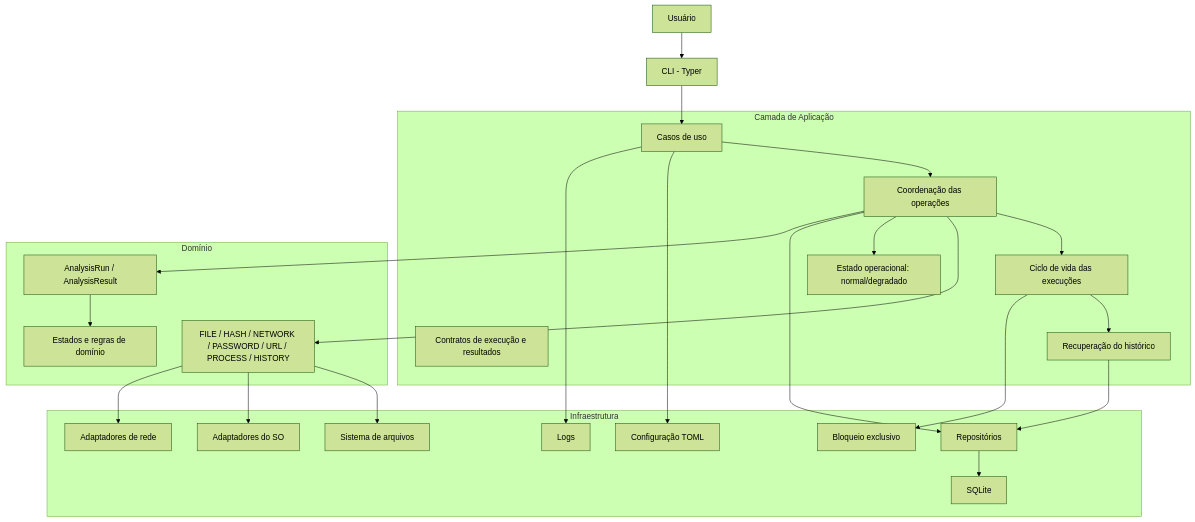
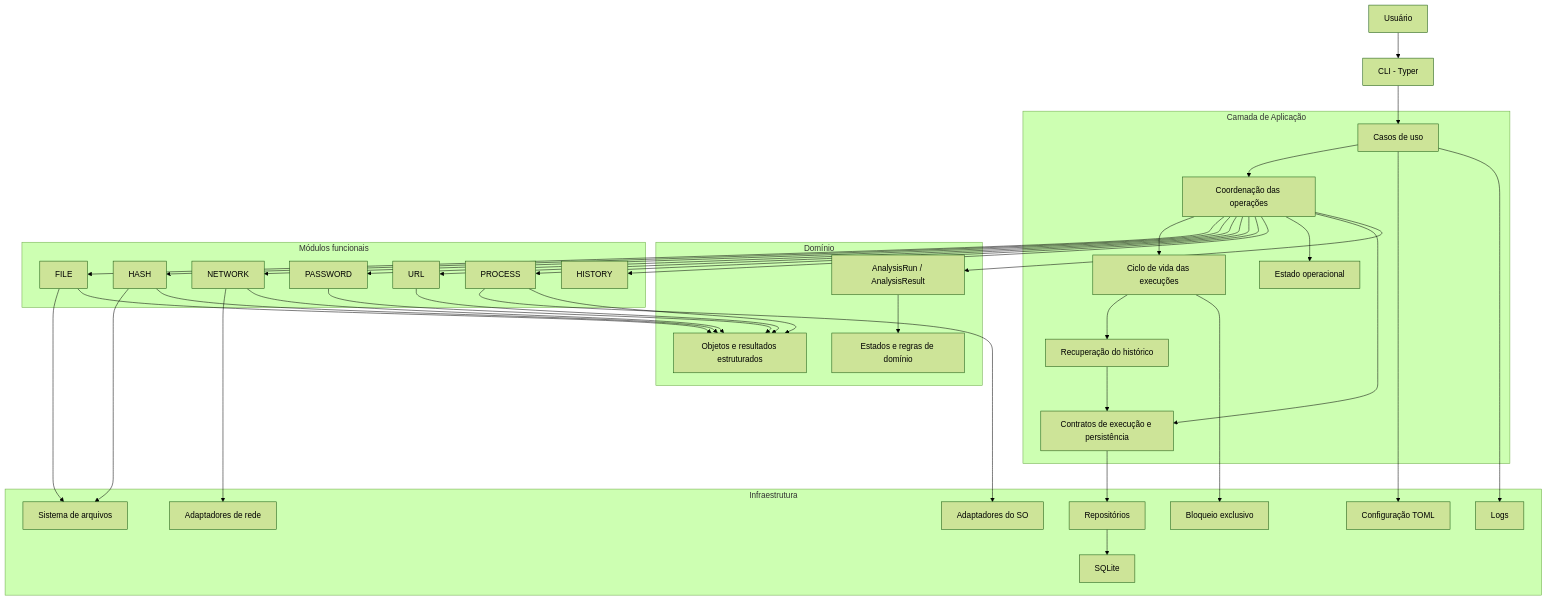
Before and after one commit to Leonardo-Campos-2007/Odyssey-AV: the first of 2 diagrams in docs/ARQUITETURA.md, drawn with Mermaid (forest theme). The commit also changed other lines of this file and 1 other file, not shown here.

````diff
--- a/docs/ARQUITETURA.md
+++ b/docs/ARQUITETURA.md
@@ -38,48 +38,76 @@
 ```mermaid
 flowchart TD
-    U["Usuário"] --> CLI["CLI - Typer"]
+    USER["Usuário"] --> CLI["CLI - Typer"]
 
     subgraph APP["Camada de Aplicação"]
         UC["Casos de uso"]
         COORD["Coordenação das operações"]
-        CONTRACT["Contratos de execução e resultados"]
         LIFE["Ciclo de vida das execuções"]
         REC["Recuperação do histórico"]
-        MODE["Estado operacional: normal/degradado"]
+        MODE["Estado operacional"]
+        CONTRACT["Contratos de execução e persistência"]
     end
 
     subgraph DOMAIN["Domínio"]
         ENT["AnalysisRun / AnalysisResult"]
         RULES["Estados e regras de domínio"]
-        MODULES["FILE / HASH / NETWORK / PASSWORD / URL / PROCESS / HISTORY"]
+        RESULTS["Objetos e resultados estruturados"]
+    end
+
+    subgraph MODULES["Módulos funcionais"]
+        FILE["FILE"]
+        HASH["HASH"]
+        NET["NETWORK"]
+        PASS["PASSWORD"]
+        URL["URL"]
+        PROC["PROCESS"]
+        HIST["HISTORY"]
     end
 
     subgraph INFRA["Infraestrutura"]
         REPO["Repositórios"]
         SQLITE["SQLite"]
         LOCK["Bloqueio exclusivo"]
         OS["Adaptadores do SO"]
         FS["Sistema de arquivos"]
-        NET["Adaptadores de rede"]
+        NETWORK["Adaptadores de rede"]
         CONFIG["Configuração TOML"]
         LOG["Logs"]
     end
 
     CLI --> UC
     UC --> COORD
     COORD --> LIFE
-    COORD --> MODULES
+    COORD --> FILE
+    COORD --> HASH
+    COORD --> NET
+    COORD --> PASS
+    COORD --> URL
+    COORD --> PROC
+    COORD --> HIST
     COORD --> MODE
+    COORD --> CONTRACT
+
     LIFE --> REC
-    REC --> REPO
-    COORD --> REPO
+    LIFE --> LOCK
+    REC --> CONTRACT
+    CONTRACT --> REPO
     REPO --> SQLITE
-    LIFE --> LOCK
-    MODULES --> FS
-    MODULES --> OS
-    MODULES --> NET
+
+    FILE --> FS
+    HASH --> FS
+    PROC --> OS
+    NET --> NETWORK
+
     UC --> CONFIG
     UC --> LOG
+
     COORD --> ENT
     ENT --> RULES
+    FILE --> RESULTS
+    HASH --> RESULTS
+    NET --> RESULTS
+    PASS --> RESULTS
+    URL --> RESULTS
+    PROC --> RESULTS
 ```
````
